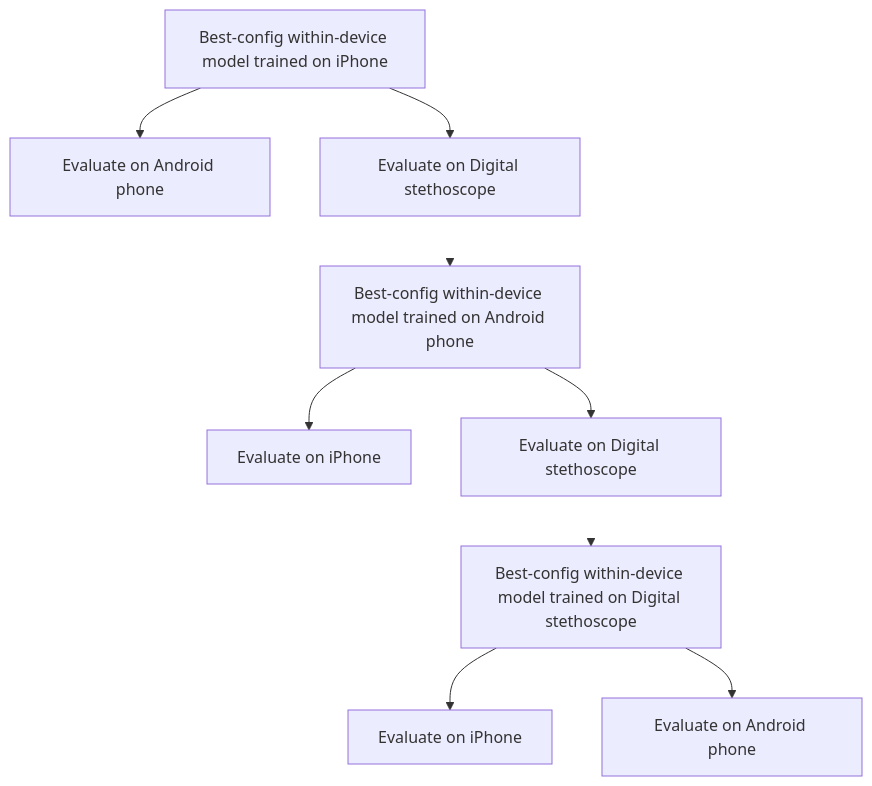
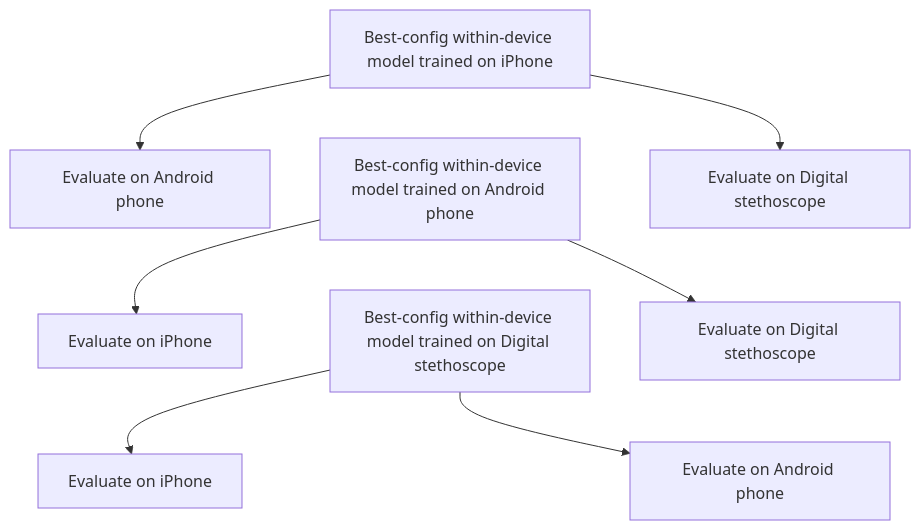
One commit to anywheredoor/phonocardiogram-lvef-deeplearning changed the second of 3 diagrams in README.md. Above: the diagram before and after it, drawn with Mermaid.

Commit message:
Align README cross-device workflow

````diff
--- a/README.md
+++ b/README.md
@@ -114,13 +114,15 @@
 ```mermaid
 flowchart TB
     A["Best-config within-device model trained on iPhone"] --> A1["Evaluate on Android phone"]
     A --> A2["Evaluate on Digital stethoscope"]
     B["Best-config within-device model trained on Android phone"] --> B1["Evaluate on iPhone"]
     B --> B2["Evaluate on Digital stethoscope"]
     C["Best-config within-device model trained on Digital stethoscope"] --> C1["Evaluate on iPhone"]
     C --> C2["Evaluate on Android phone"]
-    A2 --> B
-    B2 --> C
-    linkStyle 6 stroke-width:0px,fill:none;
-    linkStyle 7 stroke-width:0px,fill:none;
+    A ~~~ B
+    B ~~~ C
+    A1 ~~~ B1
+    B1 ~~~ C1
+    A2 ~~~ B2
+    B2 ~~~ C2
 ```
````
